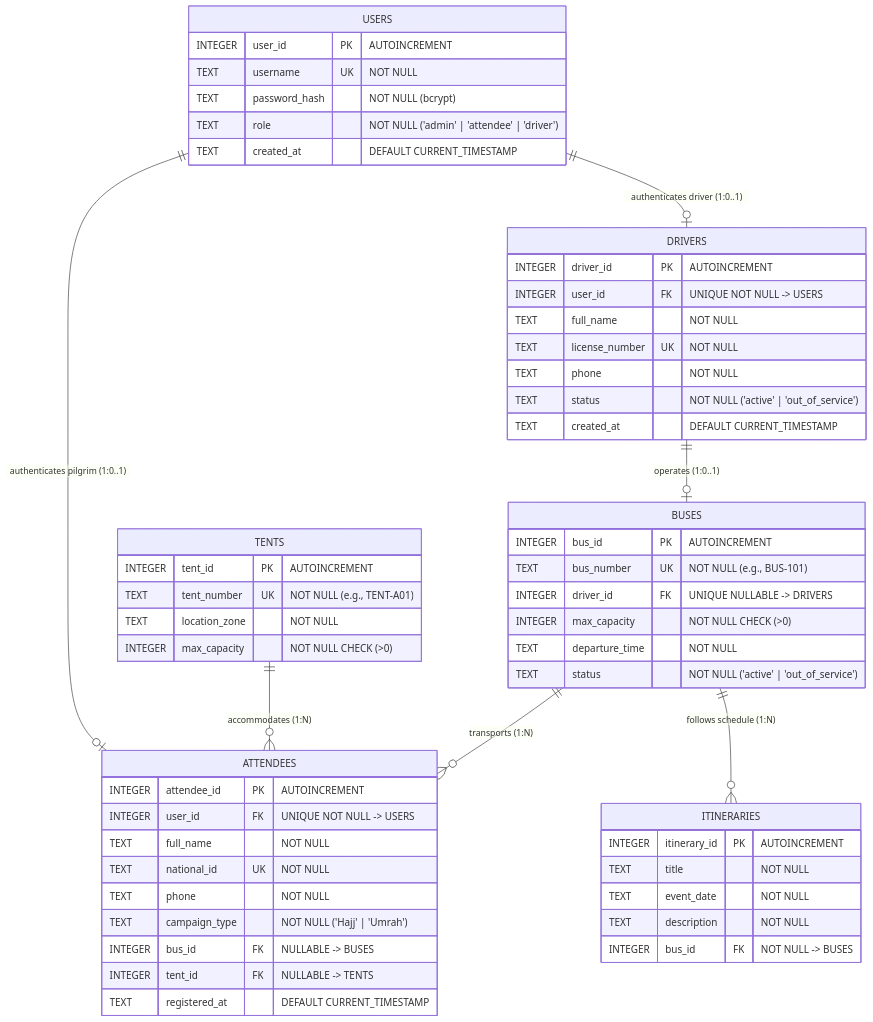
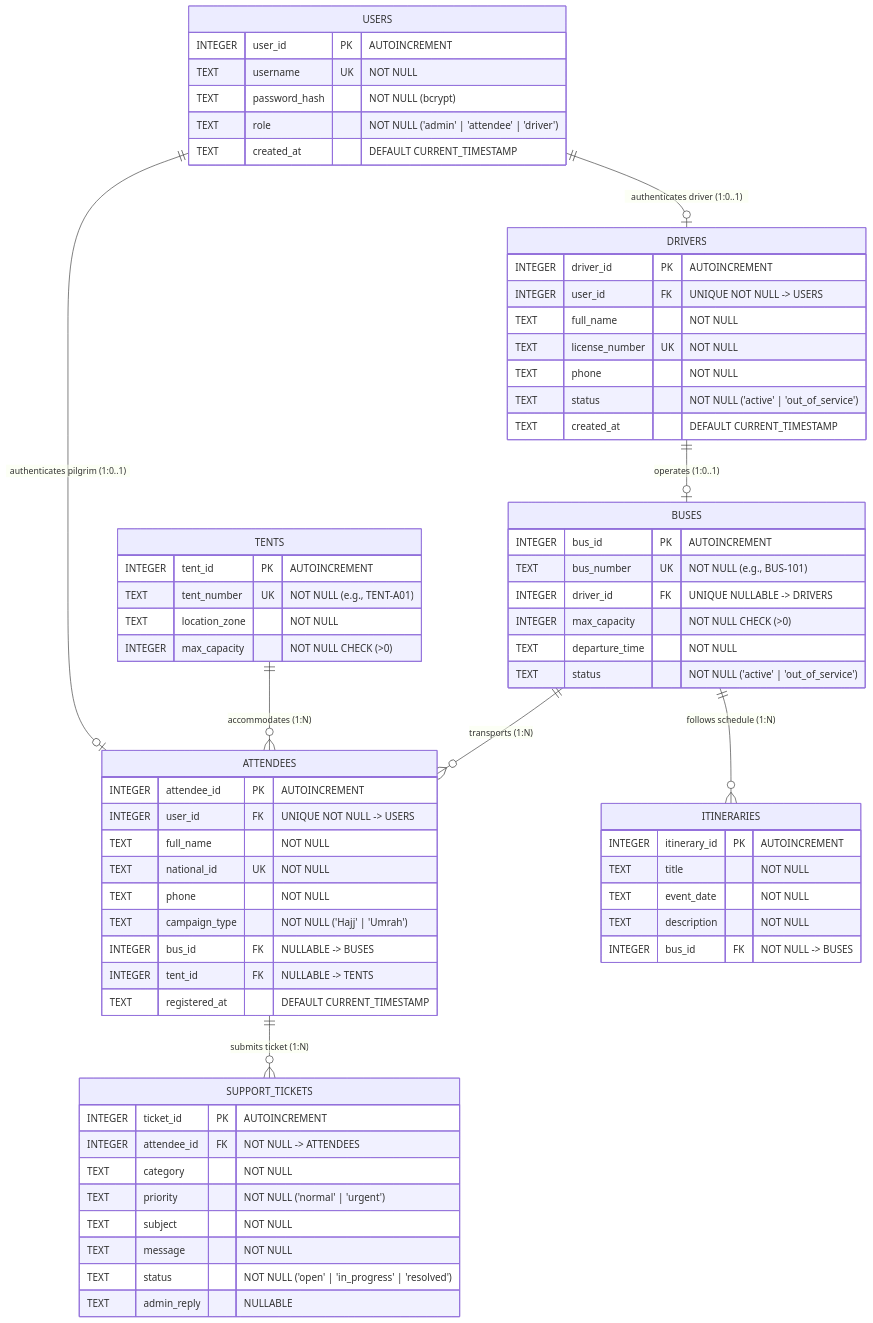
Before and after one commit to 0xMrHex/moyassir-cpit251: the diagram in docs/diagrams/03-erd.md, drawn with Mermaid. The commit also changed other lines of this file and 36 other files, not shown here.

Commit message:
Add Pilgrim Customer Support form & Admin Support Inbox (US-09, 20/20 tests, synced PDFs & diagrams)

````diff
--- a/docs/diagrams/03-erd.md
+++ b/docs/diagrams/03-erd.md
@@ -5,63 +5,75 @@
 ```mermaid
 erDiagram
     USERS ||--o| ATTENDEES : "authenticates pilgrim (1:0..1)"
     USERS ||--o| DRIVERS : "authenticates driver (1:0..1)"
     DRIVERS ||--o| BUSES : "operates (1:0..1)"
     BUSES ||--o{ ATTENDEES : "transports (1:N)"
     TENTS ||--o{ ATTENDEES : "accommodates (1:N)"
     BUSES ||--o{ ITINERARIES : "follows schedule (1:N)"
+    ATTENDEES ||--o{ SUPPORT_TICKETS : "submits ticket (1:N)"
 
     USERS {
         INTEGER user_id PK "AUTOINCREMENT"
         TEXT username UK "NOT NULL"
         TEXT password_hash "NOT NULL (bcrypt)"
         TEXT role "NOT NULL ('admin' | 'attendee' | 'driver')"
         TEXT created_at "DEFAULT CURRENT_TIMESTAMP"
     }
 
     DRIVERS {
         INTEGER driver_id PK "AUTOINCREMENT"
         INTEGER user_id FK "UNIQUE NOT NULL -> USERS"
         TEXT full_name "NOT NULL"
         TEXT license_number UK "NOT NULL"
         TEXT phone "NOT NULL"
         TEXT status "NOT NULL ('active' | 'out_of_service')"
         TEXT created_at "DEFAULT CURRENT_TIMESTAMP"
     }
 
     BUSES {
         INTEGER bus_id PK "AUTOINCREMENT"
         TEXT bus_number UK "NOT NULL (e.g., BUS-101)"
         INTEGER driver_id FK "UNIQUE NULLABLE -> DRIVERS"
         INTEGER max_capacity "NOT NULL CHECK (>0)"
         TEXT departure_time "NOT NULL"
         TEXT status "NOT NULL ('active' | 'out_of_service')"
     }
 
     TENTS {
         INTEGER tent_id PK "AUTOINCREMENT"
         TEXT tent_number UK "NOT NULL (e.g., TENT-A01)"
         TEXT location_zone "NOT NULL"
         INTEGER max_capacity "NOT NULL CHECK (>0)"
     }
 
     ATTENDEES {
         INTEGER attendee_id PK "AUTOINCREMENT"
         INTEGER user_id FK "UNIQUE NOT NULL -> USERS"
         TEXT full_name "NOT NULL"
         TEXT national_id UK "NOT NULL"
         TEXT phone "NOT NULL"
         TEXT campaign_type "NOT NULL ('Hajj' | 'Umrah')"
         INTEGER bus_id FK "NULLABLE -> BUSES"
         INTEGER tent_id FK "NULLABLE -> TENTS"
         TEXT registered_at "DEFAULT CURRENT_TIMESTAMP"
     }
 
     ITINERARIES {
         INTEGER itinerary_id PK "AUTOINCREMENT"
         TEXT title "NOT NULL"
         TEXT event_date "NOT NULL"
         TEXT description "NOT NULL"
         INTEGER bus_id FK "NOT NULL -> BUSES"
     }
+
+    SUPPORT_TICKETS {
+        INTEGER ticket_id PK "AUTOINCREMENT"
+        INTEGER attendee_id FK "NOT NULL -> ATTENDEES"
+        TEXT category "NOT NULL"
+        TEXT priority "NOT NULL ('normal' | 'urgent')"
+        TEXT subject "NOT NULL"
+        TEXT message "NOT NULL"
+        TEXT status "NOT NULL ('open' | 'in_progress' | 'resolved')"
+        TEXT admin_reply "NULLABLE"
+    }
 ```
````
